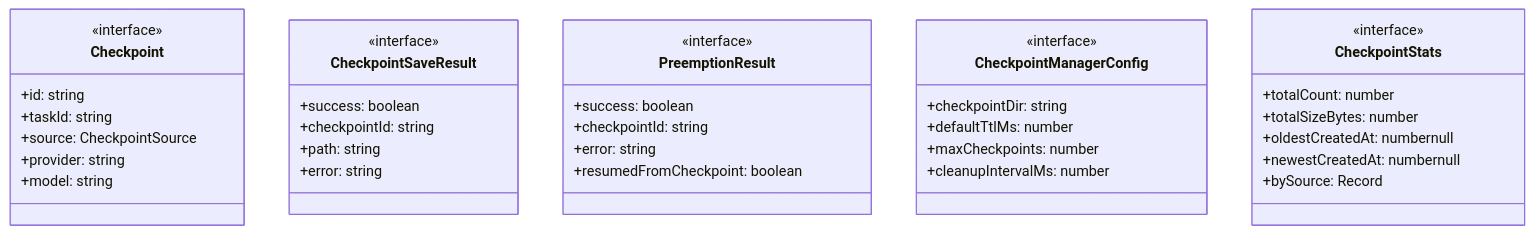
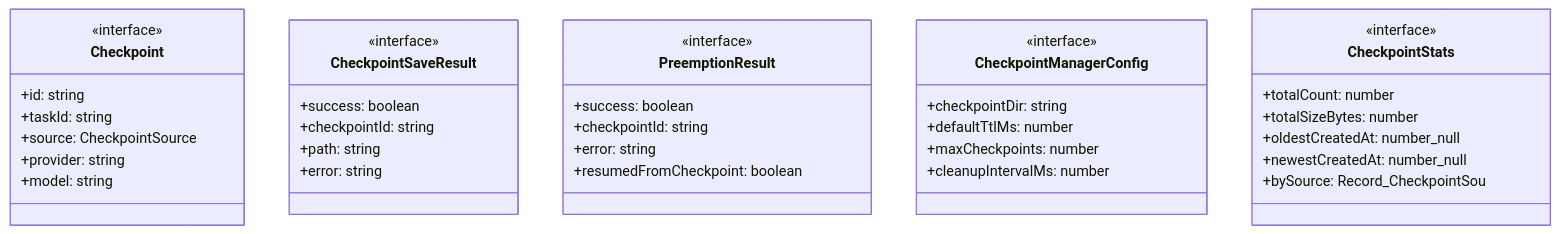
The first of 3 diagrams in ABDD/.pi/lib/checkpoint-manager.md (Mekann2904/mekann), drawn with Mermaid before and after one commit. The commit also changed other lines of this file and 174 other files, not shown here.

First line of the commit message:
fix(docs): ABDDのMermaid図生成エラーを修正する

````diff
--- a/ABDD/.pi/lib/checkpoint-manager.md
+++ b/ABDD/.pi/lib/checkpoint-manager.md
@@ -46,40 +46,40 @@
 ```mermaid
 classDiagram
   class Checkpoint {
     <<interface>>
     +id: string
     +taskId: string
     +source: CheckpointSource
     +provider: string
     +model: string
   }
   class CheckpointSaveResult {
     <<interface>>
     +success: boolean
     +checkpointId: string
     +path: string
     +error: string
   }
   class PreemptionResult {
     <<interface>>
     +success: boolean
     +checkpointId: string
     +error: string
     +resumedFromCheckpoint: boolean
   }
   class CheckpointManagerConfig {
     <<interface>>
     +checkpointDir: string
     +defaultTtlMs: number
     +maxCheckpoints: number
     +cleanupIntervalMs: number
   }
   class CheckpointStats {
     <<interface>>
     +totalCount: number
     +totalSizeBytes: number
-    +oldestCreatedAt: numbernull
-    +newestCreatedAt: numbernull
-    +bySource: Record<CheckpointSourcenumber>
+    +oldestCreatedAt: number_null
+    +newestCreatedAt: number_null
+    +bySource: Record_CheckpointSou
   }
 ```
````
